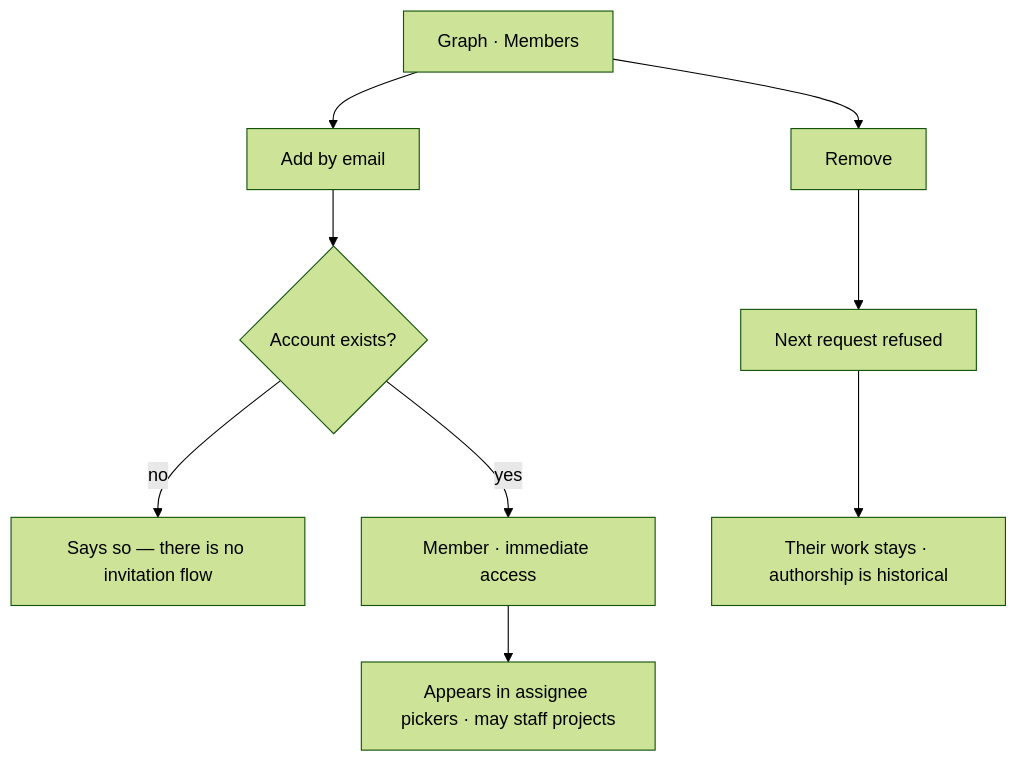
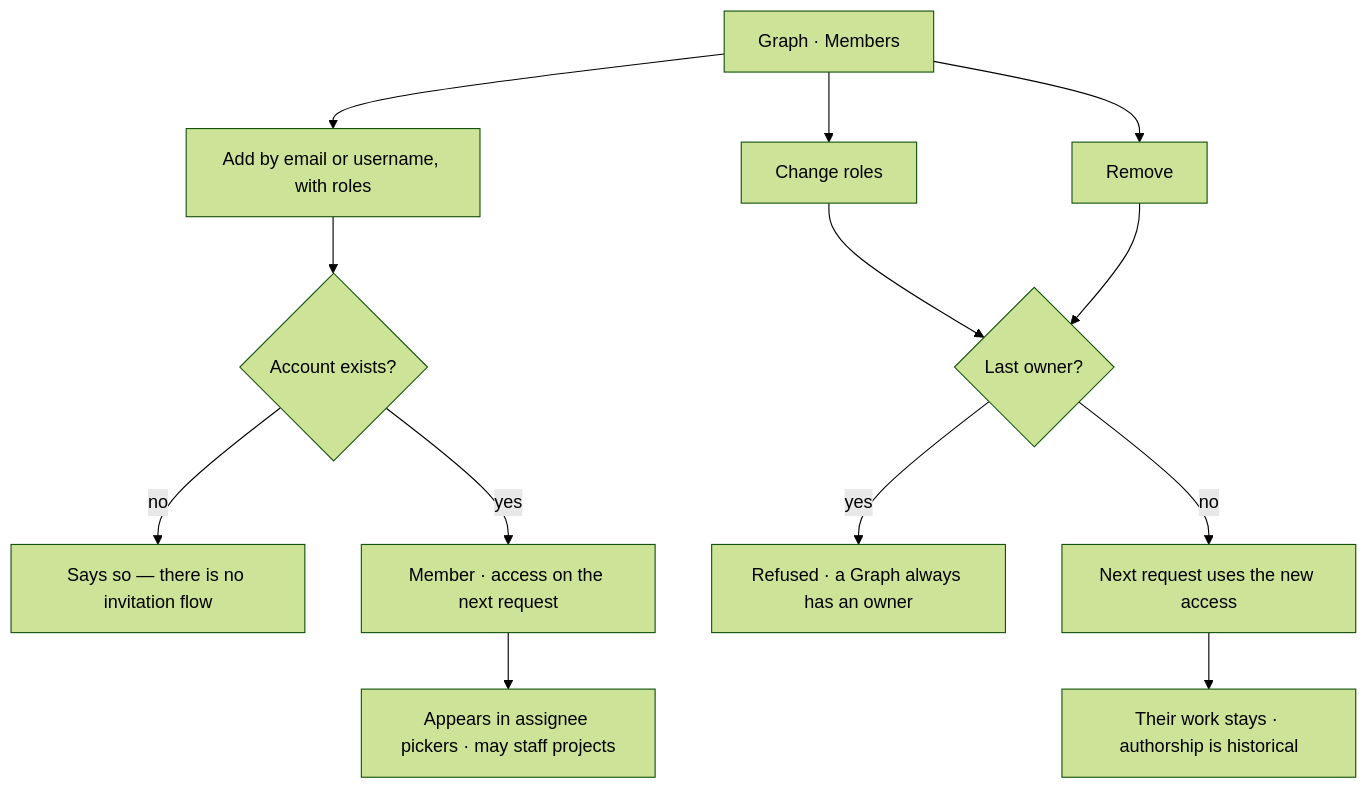
Before and after one commit to invana/invana: the diagram in docs/for-developers/modules/identity-and-access/features/membership.md, drawn with Mermaid (forest theme). The commit also changed other lines of this file and 56 other files, not shown here.

````diff
--- a/docs/for-developers/modules/identity-and-access/features/membership.md
+++ b/docs/for-developers/modules/identity-and-access/features/membership.md
@@ -30,11 +30,15 @@
 ```mermaid
 flowchart TD
-    A[Graph · Members] --> B[Add by email]
+    A[Graph · Members] --> B[Add by email or username, with roles]
     B --> C{Account exists?}
     C -->|no| D[Says so — there is no invitation flow]
-    C -->|yes| E[Member · immediate access]
+    C -->|yes| E[Member · access on the next request]
     E --> F[Appears in assignee pickers · may staff projects]
+    A --> R[Change roles]
     A --> G[Remove]
-    G --> H[Next request refused]
+    R --> L{Last owner?}
+    G --> L
+    L -->|yes| X[Refused · a Graph always has an owner]
+    L -->|no| H[Next request uses the new access]
     H --> I[Their work stays · authorship is historical]
 ```
````
